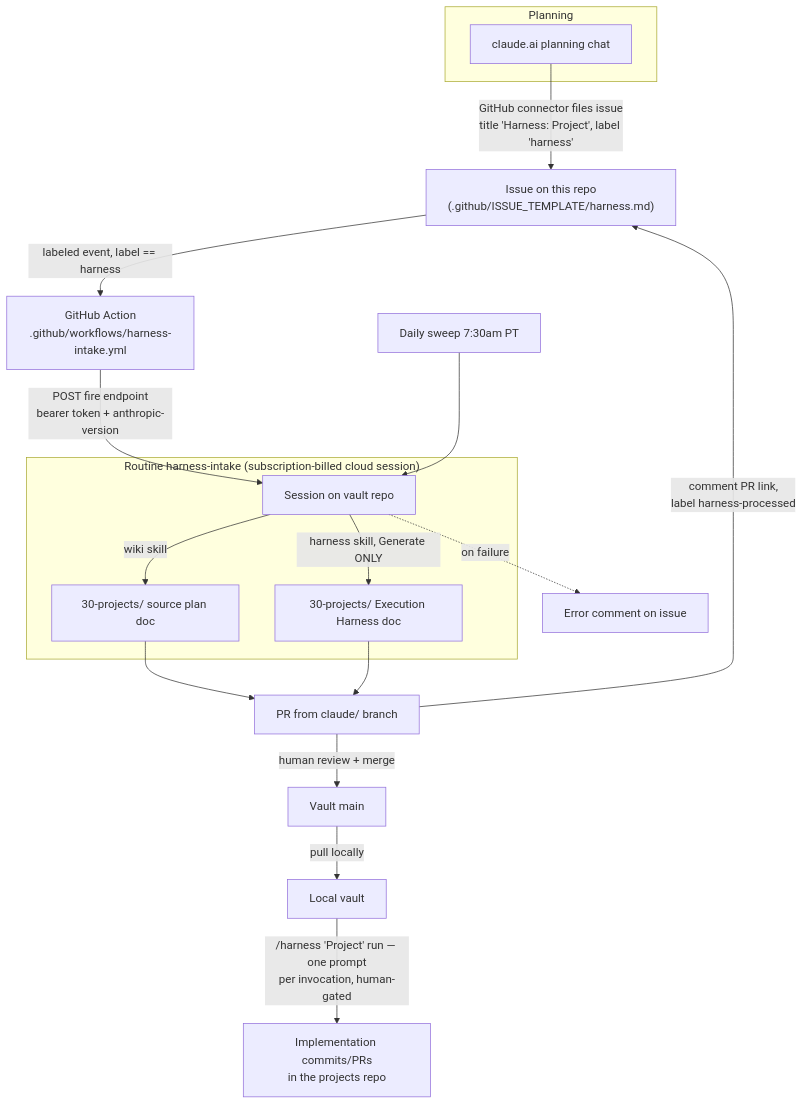
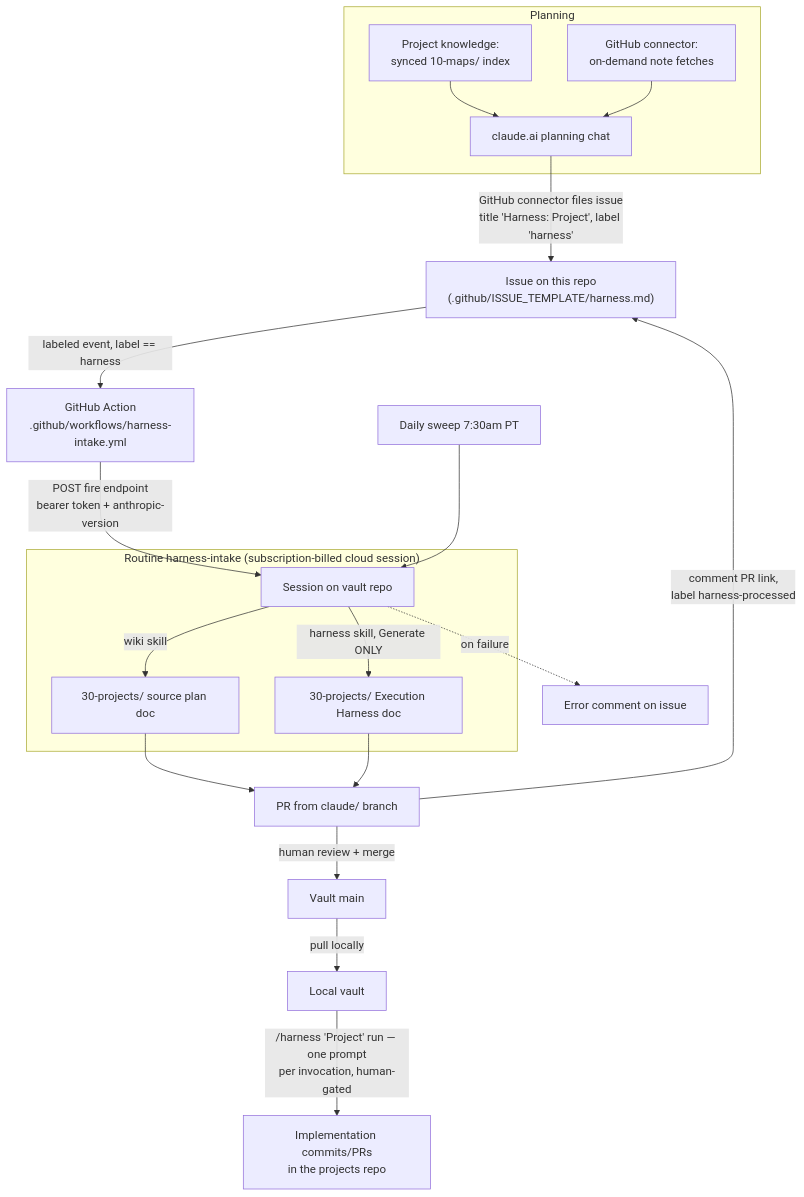
The diagram in README.md (AustinJuliusKim/ObsidianVault), drawn with Mermaid before and after one commit. The commit also changed other lines of this file and 3 other files, not shown here.

Commit message:
web read path: Claude Web Vault Access note (Project + 10-maps sync + connector protocol); wire into pipeline note, MOC, README diagram

````diff
--- a/README.md
+++ b/README.md
@@ -13,26 +13,27 @@
 ```mermaid
 flowchart TD
     subgraph Planning
-        chat[claude.ai planning chat]
+        knowledge["Project knowledge:<br>synced 10-maps/ index"] --> chat[claude.ai planning chat]
+        connector["GitHub connector:<br>on-demand note fetches"] --> chat
     end
 
     chat -->|"GitHub connector files issue<br>title 'Harness: Project', label 'harness'"| issue["Issue on this repo<br>(.github/ISSUE_TEMPLATE/harness.md)"]
 
     issue -->|labeled event, label == harness| action["GitHub Action<br>.github/workflows/harness-intake.yml"]
     action -->|POST fire endpoint<br>bearer token + anthropic-version| routine
     sweep[Daily sweep 7:30am PT] --> routine
 
     subgraph Cloud["Routine harness-intake (subscription-billed cloud session)"]
         routine[Session on vault repo] -->|wiki skill| plan[30-projects/ source plan doc]
         routine -->|harness skill, Generate ONLY| harness[30-projects/ Execution Harness doc]
     end
 
     plan --> pr[PR from claude/ branch]
     harness --> pr
     routine -. on failure .-> fail[Error comment on issue]
     pr -->|comment PR link,<br>label harness-processed| issue
 
     pr -->|human review + merge| main[Vault main]
     main -->|pull locally| local[Local vault]
     local -->|"/harness 'Project' run — one prompt<br>per invocation, human-gated"| impl[Implementation commits/PRs<br>in the projects repo]
 ```
````
